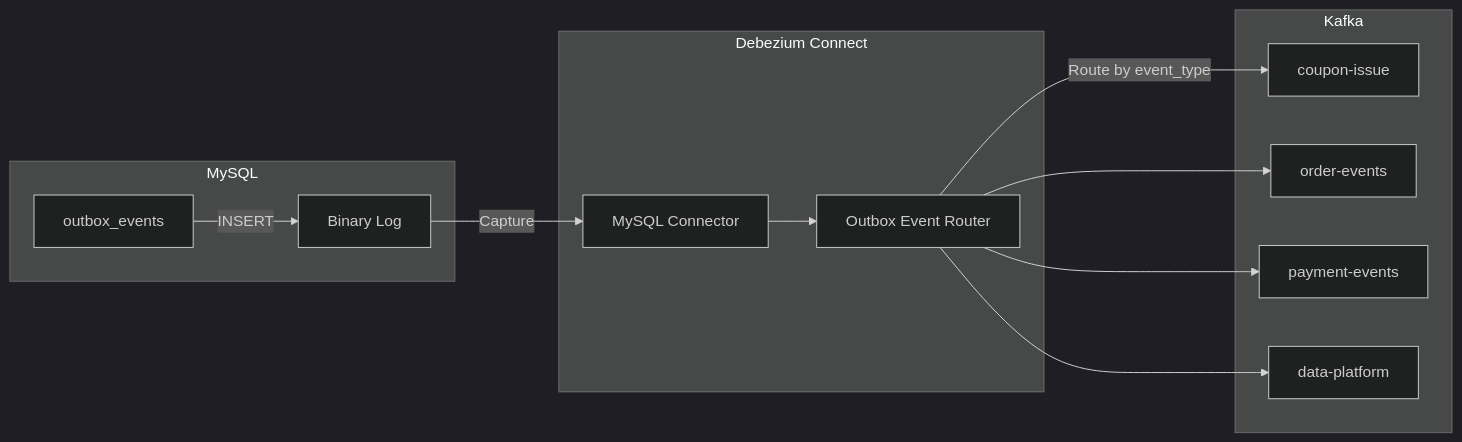
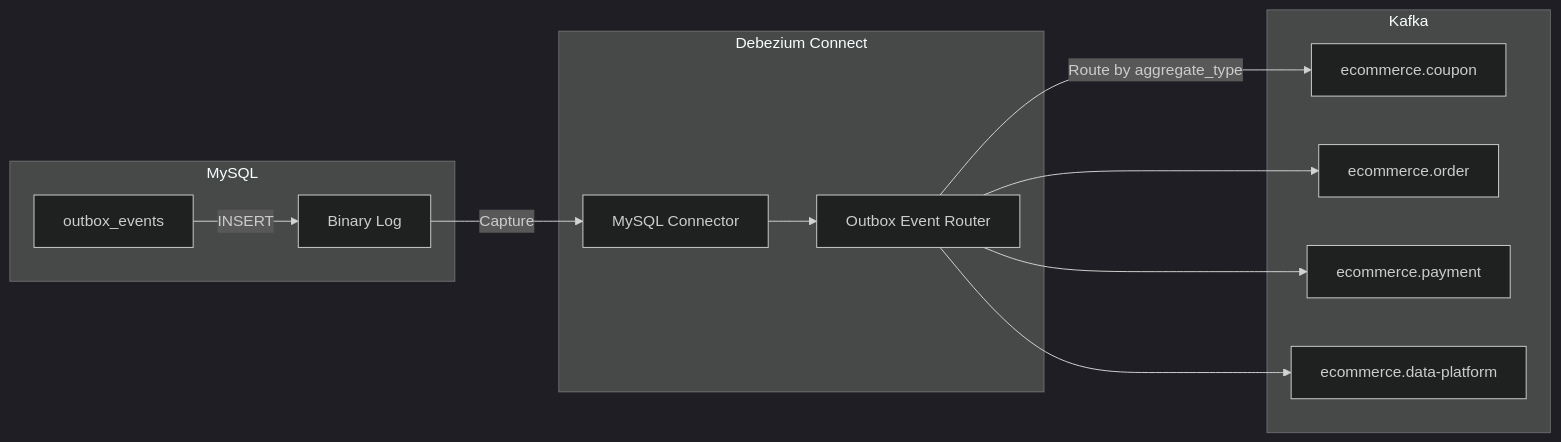
Before and after one commit to jay05410/hanghae10-for-study: the third of 17 diagrams in ecommerce/docs/KAFKA_ARCHITECTURE.md, drawn with Mermaid (dark theme). The commit also changed other lines of this file and 6 other files, not shown here.

````diff
--- a/ecommerce/docs/KAFKA_ARCHITECTURE.md
+++ b/ecommerce/docs/KAFKA_ARCHITECTURE.md
@@ -78,27 +78,27 @@
 ```mermaid
 graph LR
     subgraph "MySQL"
         OUTBOX[outbox_events]
         BINLOG[Binary Log]
     end
 
     subgraph "Debezium Connect"
         CONNECTOR[MySQL Connector]
         TRANSFORM[Outbox Event Router]
     end
 
     subgraph "Kafka"
-        T1[coupon-issue]
-        T2[order-events]
-        T3[payment-events]
-        T4[data-platform]
+        T1[ecommerce.coupon]
+        T2[ecommerce.order]
+        T3[ecommerce.payment]
+        T4[ecommerce.data-platform]
     end
 
     OUTBOX --> |INSERT| BINLOG
     BINLOG --> |Capture| CONNECTOR
     CONNECTOR --> TRANSFORM
-    TRANSFORM --> |Route by event_type| T1
+    TRANSFORM --> |Route by aggregate_type| T1
     TRANSFORM --> T2
     TRANSFORM --> T3
     TRANSFORM --> T4
 ```
````
